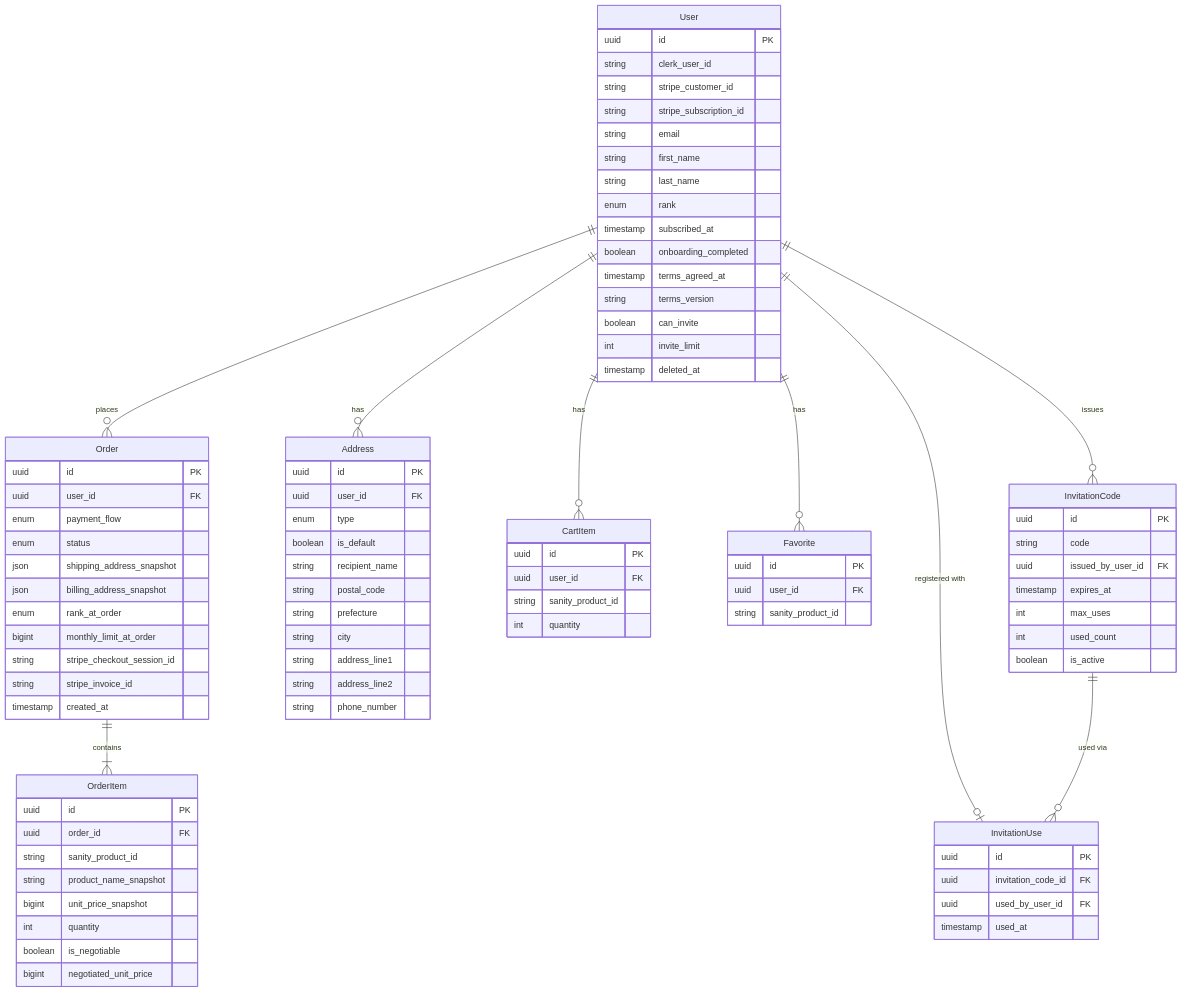
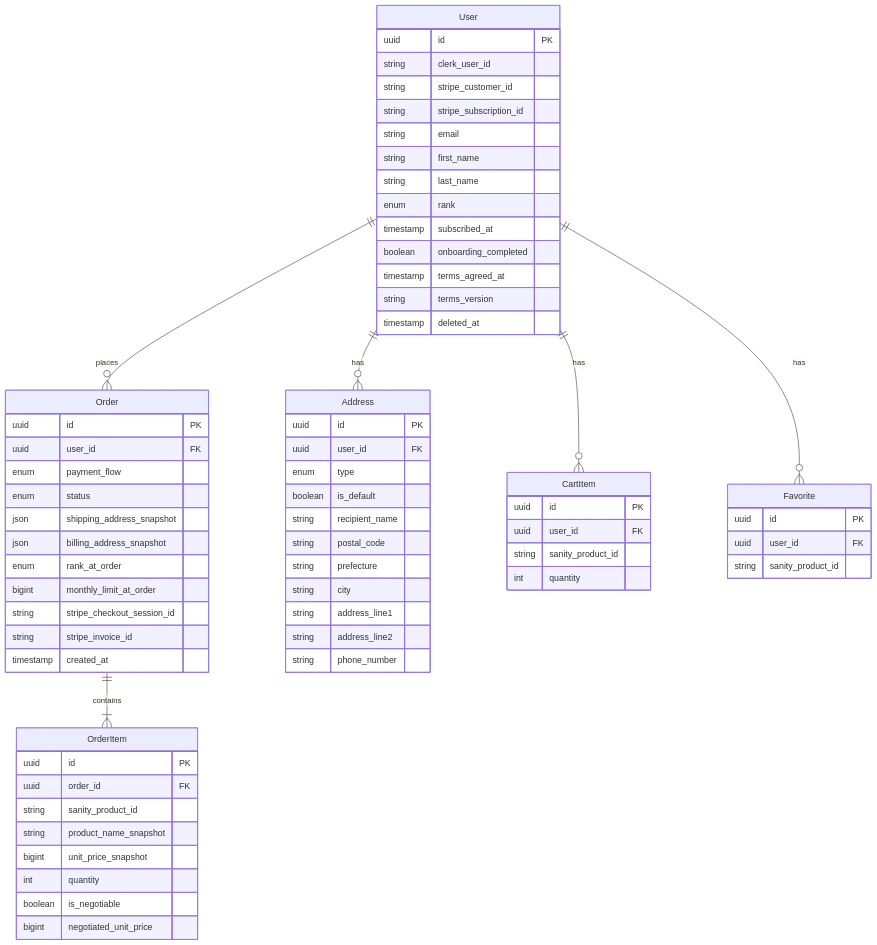
One commit to wknd-studio/brand-closed-ec changed the diagram in docs/data-model.md. Above: the diagram before and after it, drawn with Mermaid. The commit also changed other lines of this file and 28 other files, not shown here.

```diff
--- a/docs/data-model.md
+++ b/docs/data-model.md
@@ -174,9 +149,6 @@
     User ||--o{ Address : "has"
     User ||--o{ CartItem : "has"
     User ||--o{ Favorite : "has"
-    User ||--o{ InvitationCode : "issues"
-    User ||--o| InvitationUse : "registered with"
-    InvitationCode ||--o{ InvitationUse : "used via"
     Order ||--|{ OrderItem : "contains"
 
     User {
@@ -192,8 +164,6 @@
         boolean onboarding_completed
         timestamp terms_agreed_at
         string terms_version
-        boolean can_invite
-        int invite_limit
         timestamp deleted_at
     }
 
@@ -209,23 +179,6 @@
         string address_line1
         string address_line2
         string phone_number
-    }
-
-    InvitationCode {
-        uuid id PK
-        string code
-        uuid issued_by_user_id FK
-        timestamp expires_at
-        int max_uses
-        int used_count
-        boolean is_active
-    }
-
-    InvitationUse {
-        uuid id PK
-        uuid invitation_code_id FK
-        uuid used_by_user_id FK
-        timestamp used_at
     }
 
     Order {
```
